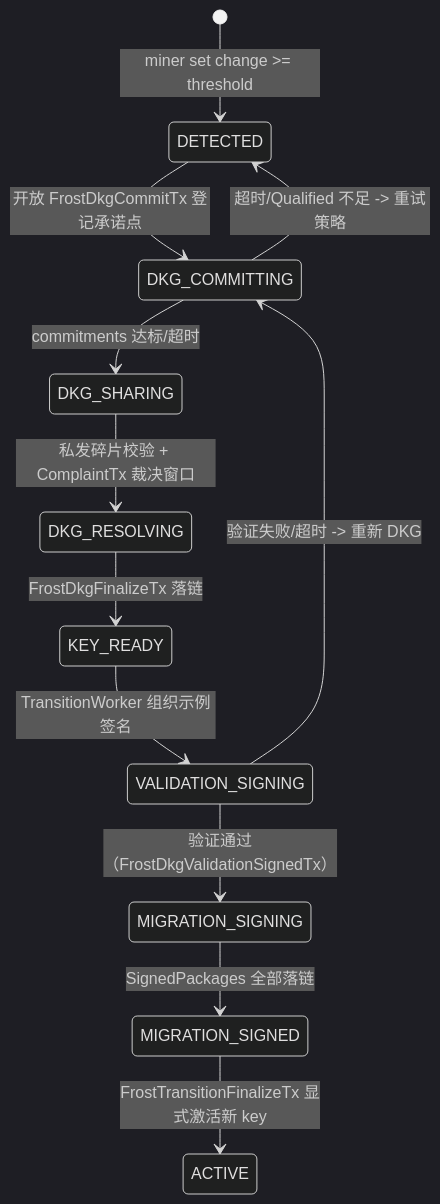
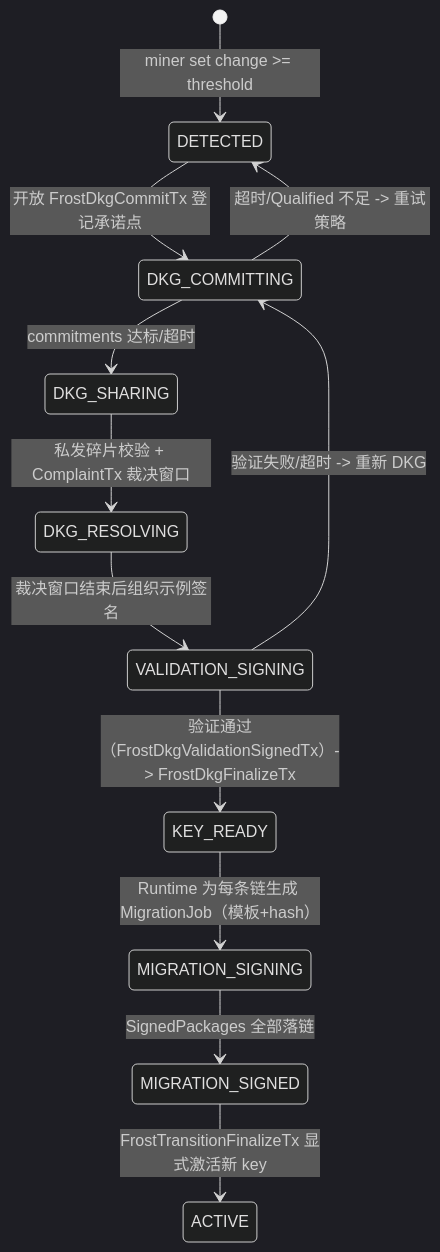
One commit to davidLeeeeeeeeeeee/dex changed the fifth of 7 diagrams in frost/design_v2_job.md. Above: the diagram before and after it, drawn with Mermaid (dark theme). The commit also changed other lines of this file and 1 other file, not shown here.

````diff
--- a/frost/design_v2_job.md
+++ b/frost/design_v2_job.md
@@ -639,14 +640,14 @@
 ```mermaid
 stateDiagram-v2
   [*] --> DETECTED: miner set change >= threshold
   DETECTED --> DKG_COMMITTING: 开放 FrostDkgCommitTx 登记承诺点
   DKG_COMMITTING --> DKG_SHARING: commitments 达标/超时
   DKG_SHARING --> DKG_RESOLVING: 私发碎片校验 + ComplaintTx 裁决窗口
-  DKG_RESOLVING --> KEY_READY: FrostDkgFinalizeTx 落链
-  KEY_READY --> VALIDATION_SIGNING: TransitionWorker 组织示例签名
-  VALIDATION_SIGNING --> MIGRATION_SIGNING: 验证通过（FrostDkgValidationSignedTx）
+  DKG_RESOLVING --> VALIDATION_SIGNING: 裁决窗口结束后组织示例签名
+  VALIDATION_SIGNING --> KEY_READY: 验证通过（FrostDkgValidationSignedTx）-> FrostDkgFinalizeTx
   VALIDATION_SIGNING --> DKG_COMMITTING: 验证失败/超时 -> 重新 DKG
+  KEY_READY --> MIGRATION_SIGNING: Runtime 为每条链生成 MigrationJob（模板+hash）
   MIGRATION_SIGNING --> MIGRATION_SIGNED: SignedPackages 全部落链
   MIGRATION_SIGNED --> ACTIVE: FrostTransitionFinalizeTx 显式激活新 key
   DKG_COMMITTING --> DETECTED: 超时/Qualified 不足 -> 重试策略
 ```
````
